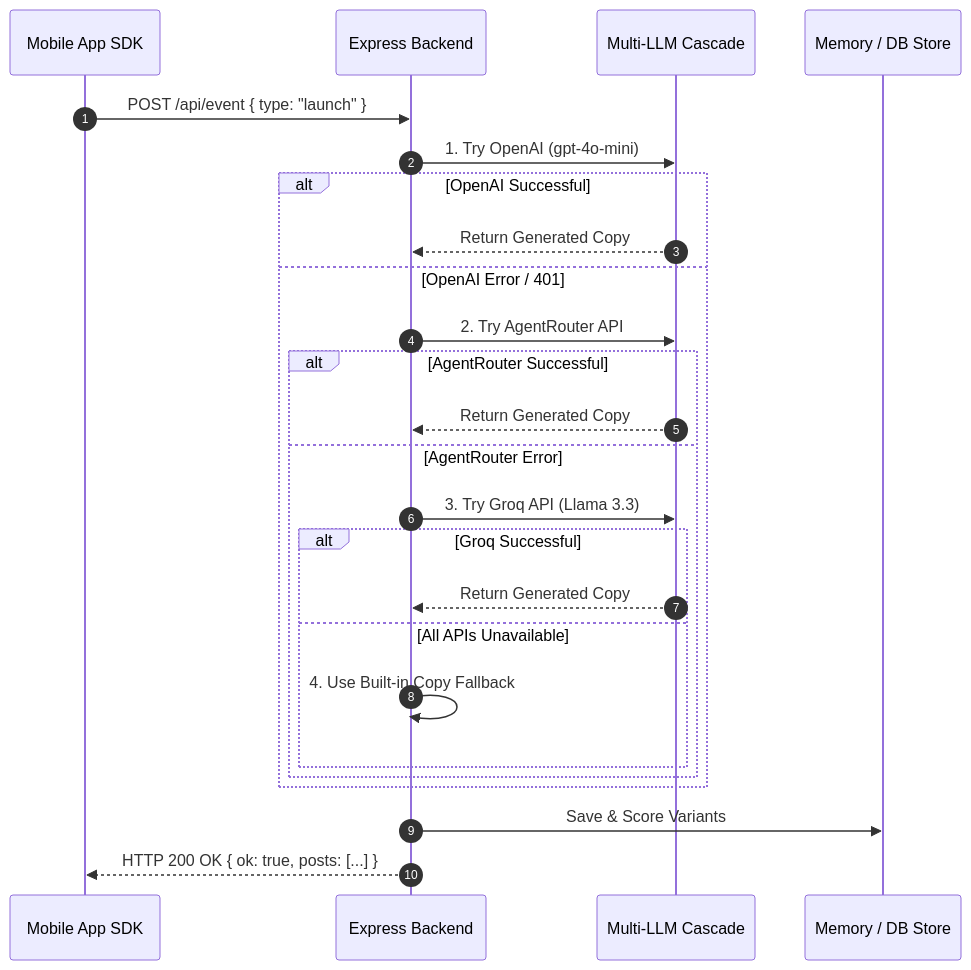
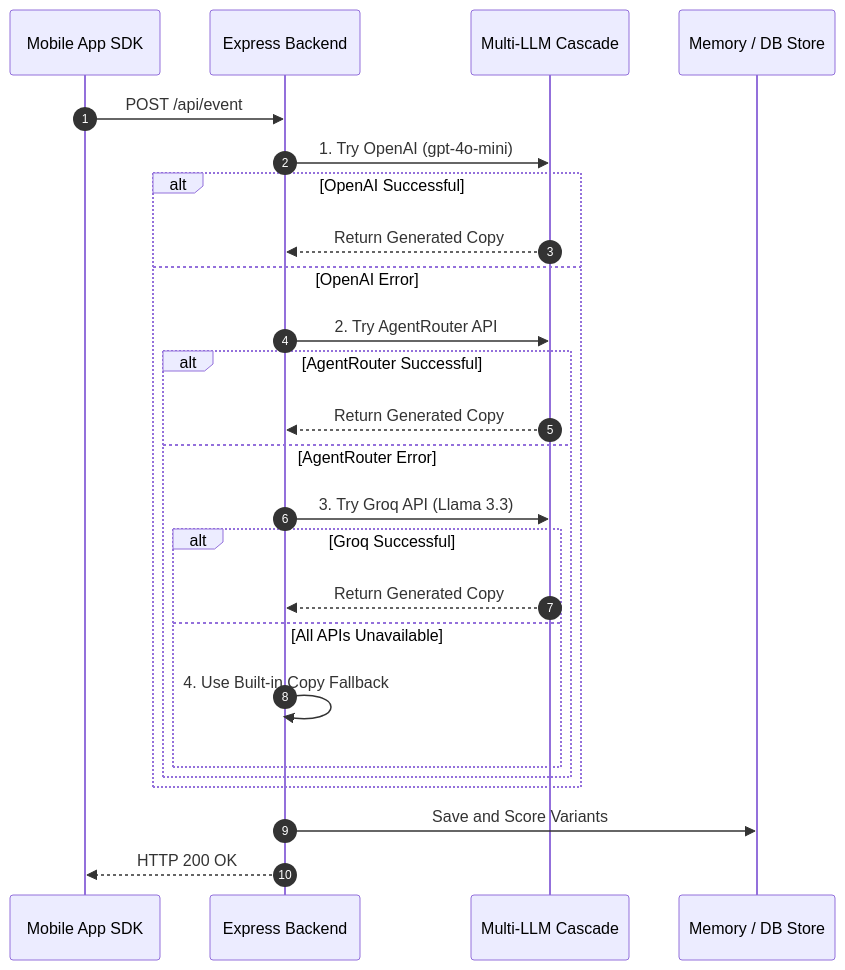
Before and after one commit to HackOnVibeCom/mv6prr2xzw30kp265248sds7act2z8ndw5ze5524: the second of 2 diagrams in README.md, drawn with Mermaid. The commit also changed other lines of this file, not shown here.

Commit message:
docs: fix Mermaid syntax edge label quotes for GitHub renderer

````diff
--- a/README.md
+++ b/README.md
@@ -72,28 +72,28 @@
 ```mermaid
 sequenceDiagram
     autonumber
     participant App as Mobile App SDK
     participant Server as Express Backend
     participant LLM as Multi-LLM Cascade
     participant Cache as Memory / DB Store
 
-    App->>Server: POST /api/event { type: "launch" }
+    App->>Server: POST /api/event
     Server->>LLM: 1. Try OpenAI (gpt-4o-mini)
     alt OpenAI Successful
         LLM-->>Server: Return Generated Copy
-    else OpenAI Error / 401
+    else OpenAI Error
         Server->>LLM: 2. Try AgentRouter API
         alt AgentRouter Successful
             LLM-->>Server: Return Generated Copy
         else AgentRouter Error
             Server->>LLM: 3. Try Groq API (Llama 3.3)
             alt Groq Successful
                 LLM-->>Server: Return Generated Copy
             else All APIs Unavailable
                 Server->>Server: 4. Use Built-in Copy Fallback
             end
         end
     end
-    Server->>Cache: Save & Score Variants
-    Server-->>App: HTTP 200 OK { ok: true, posts: [...] }
+    Server->>Cache: Save and Score Variants
+    Server-->>App: HTTP 200 OK
 ```
````
